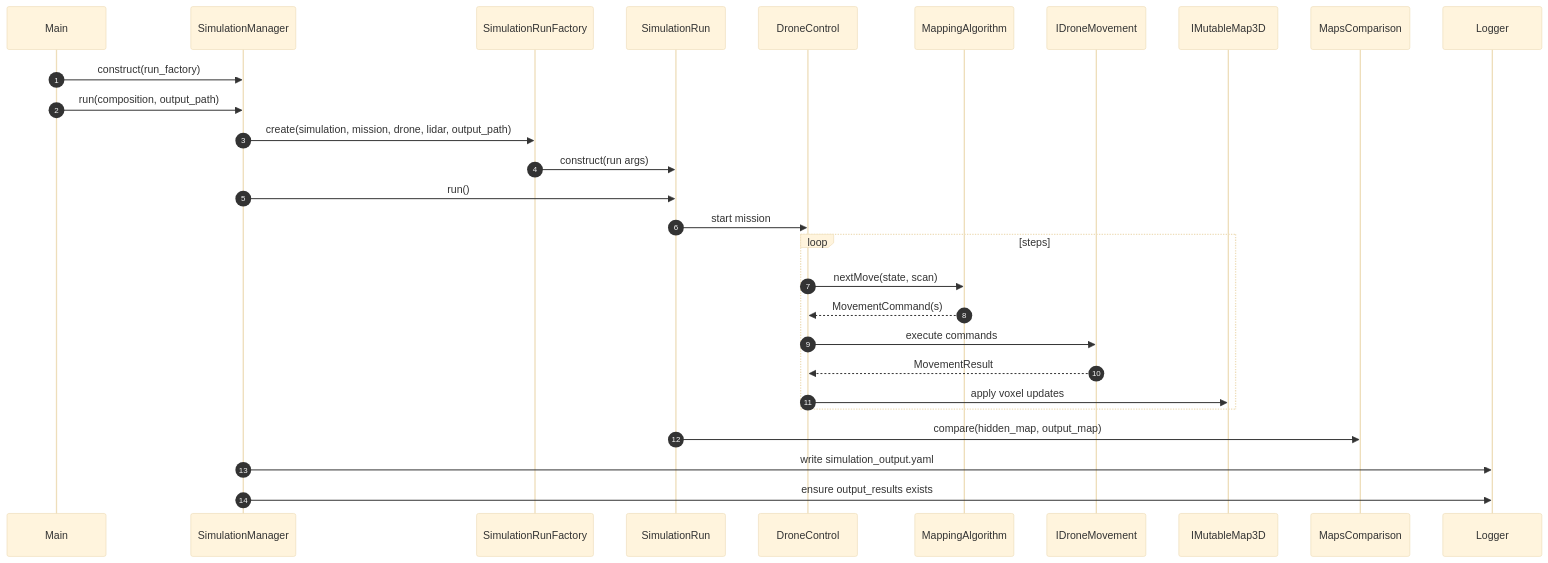
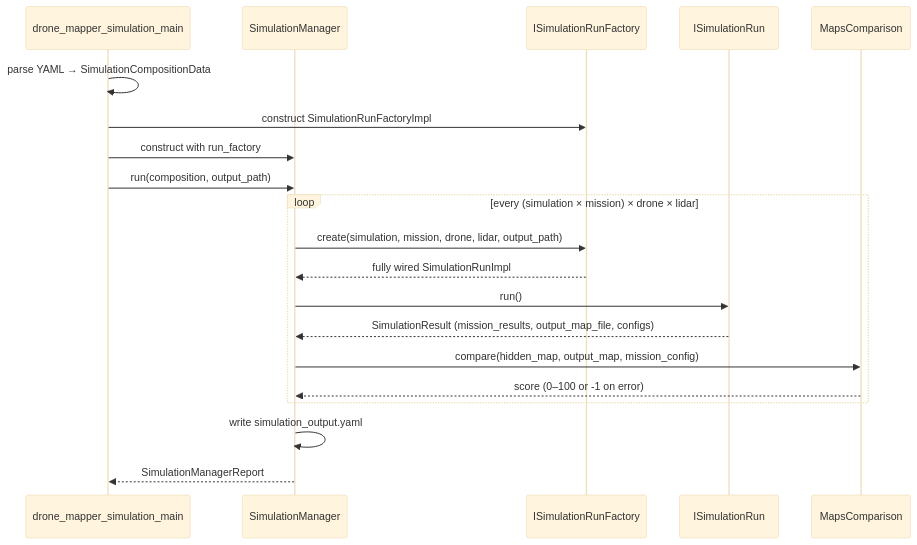
One commit to MayaAharon2910/Advanced-topics-programming-hw2 changed the second of 6 diagrams in HLD.md. Above: the diagram before and after it, drawn with Mermaid (base theme). The commit also changed other lines of this file and 6 other files, not shown here.

````diff
--- a/HLD.md
+++ b/HLD.md
@@ -58,27 +233,23 @@
 ```mermaid
 sequenceDiagram
-    autonumber
-    participant Main
-    participant SimulationManager
-    participant SimulationRunFactory
-    participant SimulationRun
-    participant DroneControl
-    participant MappingAlgorithm
+    participant Main as drone_mapper_simulation_main
+    participant Manager as SimulationManager
+    participant Factory as ISimulationRunFactory
+    participant Run as ISimulationRun
+    participant Compare as MapsComparison
 
-    Main->>SimulationManager: construct(run_factory)
-    Main->>SimulationManager: run(composition, output_path)
-    SimulationManager->>SimulationRunFactory: create(simulation, mission, drone, lidar, output_path)
-    SimulationRunFactory->>SimulationRun: construct(run args)
-    SimulationManager->>SimulationRun: run()
-    SimulationRun->>DroneControl: start mission
-    loop steps
-      DroneControl->>MappingAlgorithm: nextMove(state, scan)
-      MappingAlgorithm-->>DroneControl: MovementCommand(s)
-      DroneControl->>IDroneMovement: execute commands
-      IDroneMovement-->>DroneControl: MovementResult
-      DroneControl->>IMutableMap3D: apply voxel updates
+    Main->>Main: parse YAML → SimulationCompositionData
+    Main->>Factory: construct SimulationRunFactoryImpl
+    Main->>Manager: construct with run_factory
+    Main->>Manager: run(composition, output_path)
+    loop every (simulation × mission) × drone × lidar
+        Manager->>Factory: create(simulation, mission, drone, lidar, output_path)
+        Factory-->>Manager: fully wired SimulationRunImpl
+        Manager->>Run: run()
+        Run-->>Manager: SimulationResult (mission_results, output_map_file, configs)
+        Manager->>Compare: compare(hidden_map, output_map, mission_config)
+        Compare-->>Manager: score (0–100 or -1 on error)
     end
-    SimulationRun->>MapsComparison: compare(hidden_map, output_map)
-    SimulationManager->>Logger: write simulation_output.yaml
-    SimulationManager->>Logger: ensure output_results exists
+    Manager->>Manager: write simulation_output.yaml
+    Manager-->>Main: SimulationManagerReport
 ```
````
